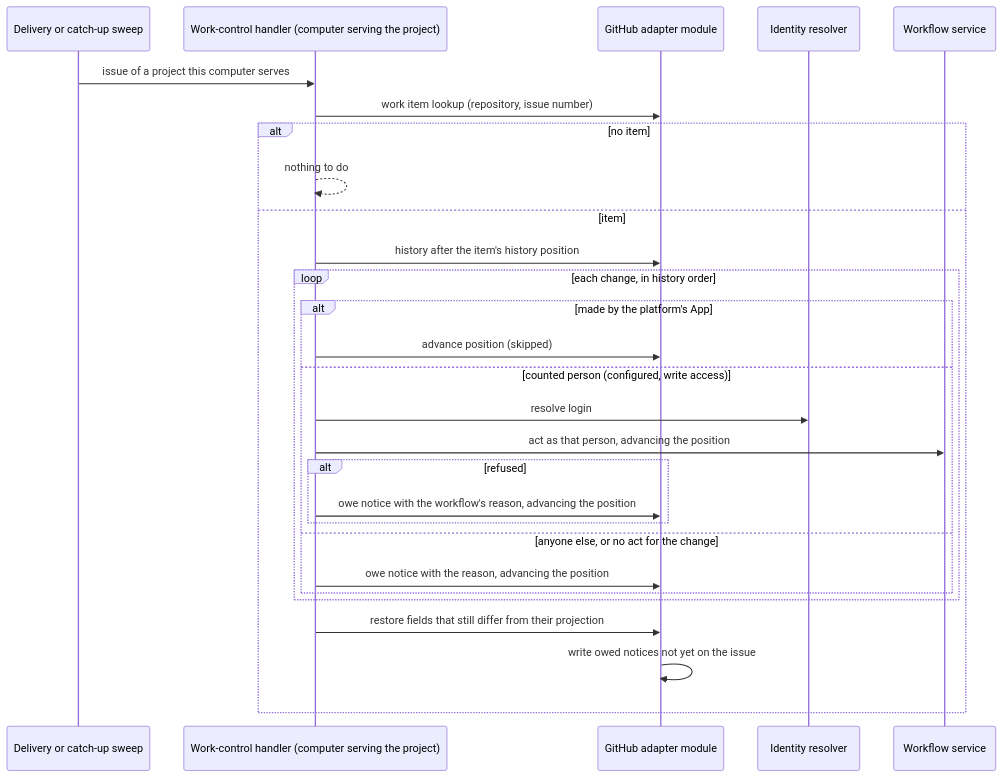
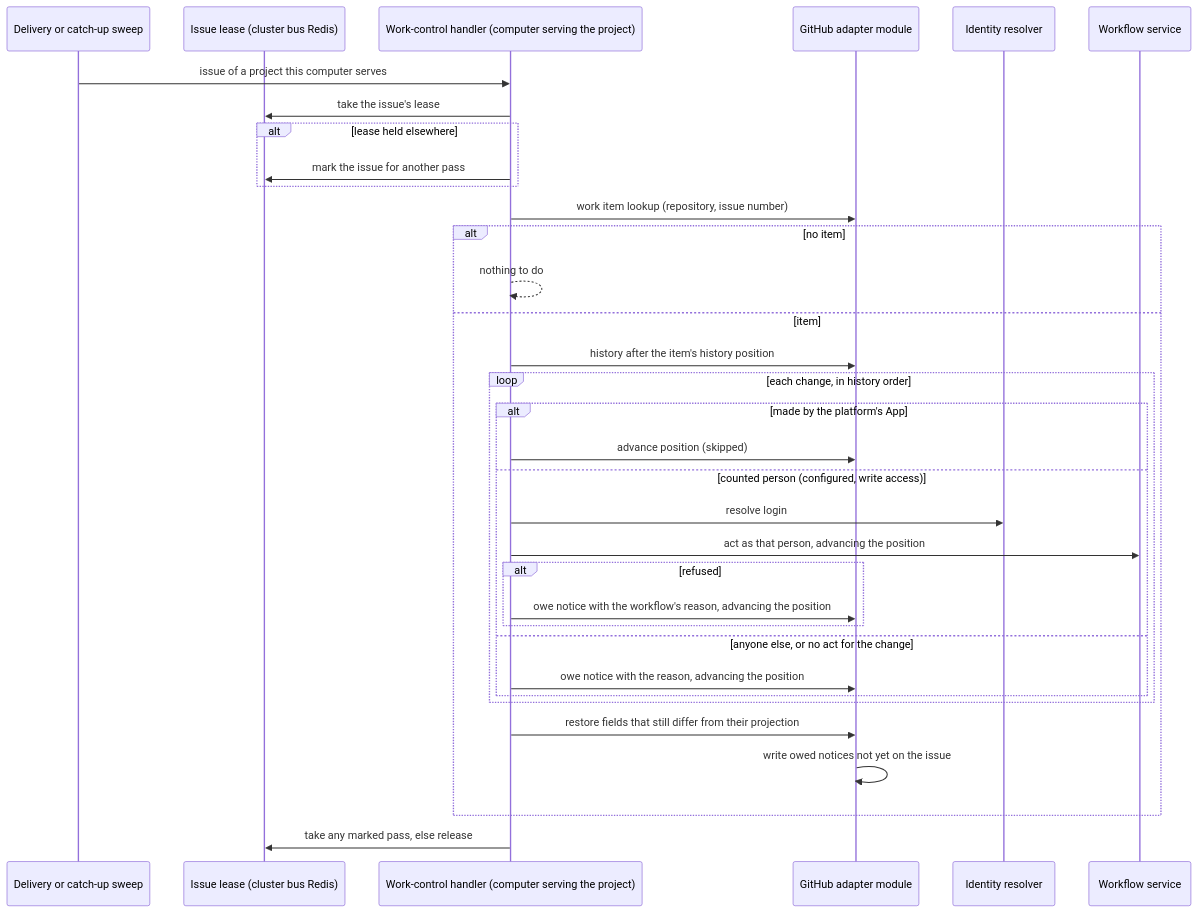
Before and after one commit to InstruktAI/TeleClaude: the diagram in docs/local/design/architecture/github-work-control.md, drawn with Mermaid. The commit also changed other lines of this file and 2 other files, not shown here.

First line of the commit message:
docs(github-work-control): arbitrate one handler per issue with a cluster-bus lease

````diff
--- a/docs/local/design/architecture/github-work-control.md
+++ b/docs/local/design/architecture/github-work-control.md
@@ -111,30 +122,36 @@
 ```mermaid
 sequenceDiagram
     participant T as Delivery or catch-up sweep
+    participant L as Issue lease (cluster bus Redis)
     participant H as Work-control handler (computer serving the project)
     participant S as GitHub adapter module
     participant ID as Identity resolver
     participant WF as Workflow service
     T->>H: issue of a project this computer serves
+    H->>L: take the issue's lease
+    alt lease held elsewhere
+        H->>L: mark the issue for another pass
+    end
     H->>S: work item lookup (repository, issue number)
     alt no item
         H-->>H: nothing to do
     else item
         H->>S: history after the item's history position
         loop each change, in history order
             alt made by the platform's App
                 H->>S: advance position (skipped)
             else counted person (configured, write access)
                 H->>ID: resolve login
                 H->>WF: act as that person, advancing the position
                 alt refused
                     H->>S: owe notice with the workflow's reason, advancing the position
                 end
             else anyone else, or no act for the change
                 H->>S: owe notice with the reason, advancing the position
             end
         end
         H->>S: restore fields that still differ from their projection
         S->>S: write owed notices not yet on the issue
     end
+    H->>L: take any marked pass, else release
 ```
````
